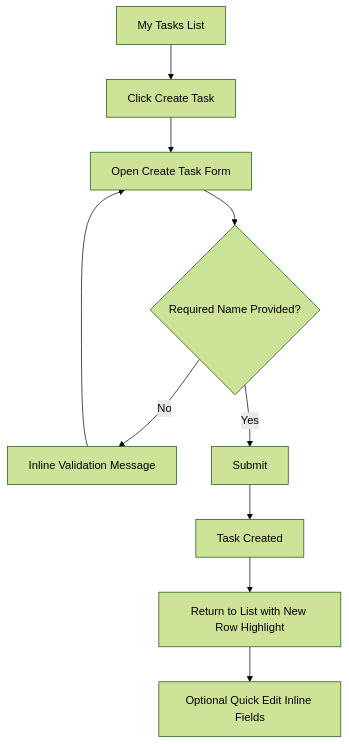
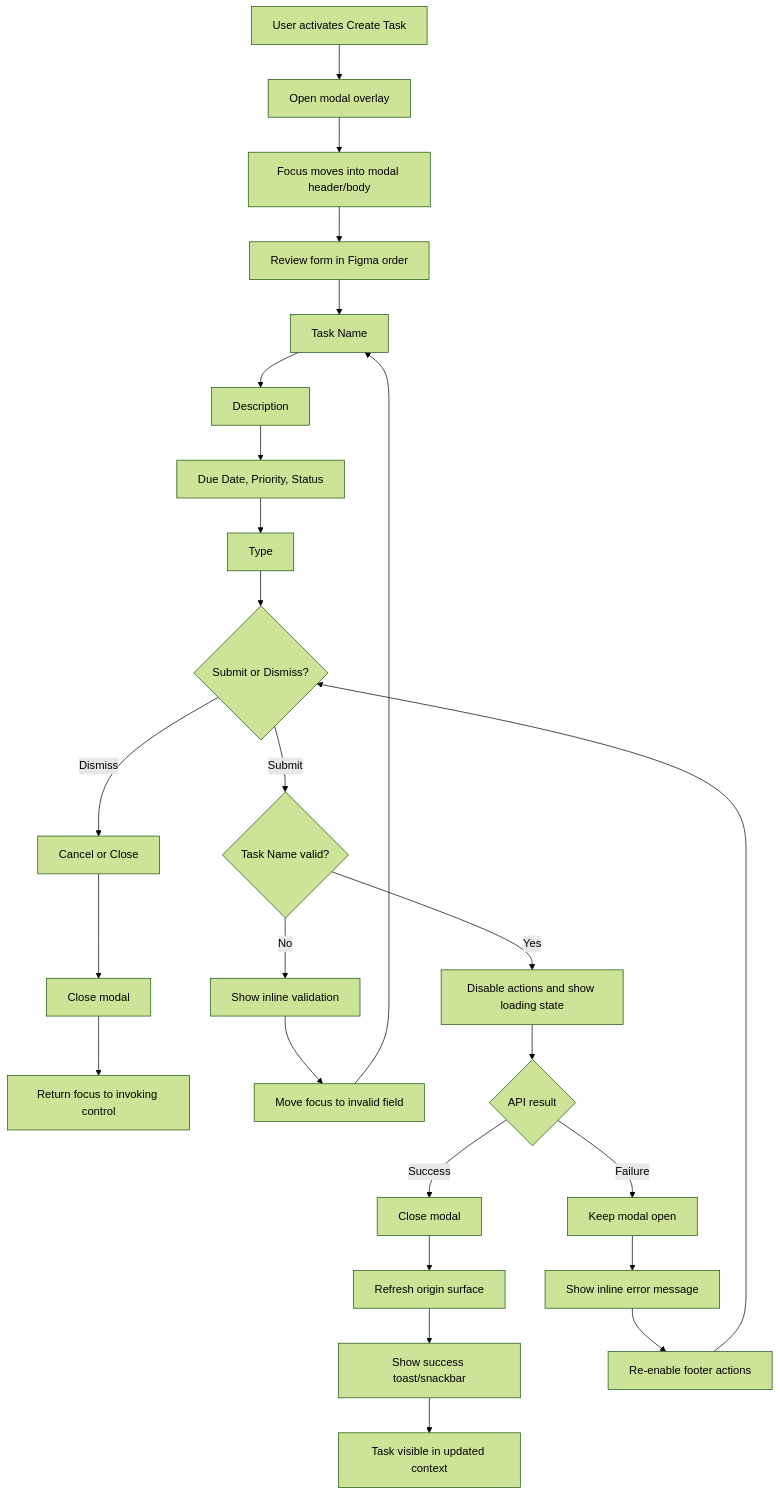
One commit to VytautasP/b-mad-project changed the second of 5 diagrams in docs/front-end-spec.md. Above: the diagram before and after it, drawn with Mermaid (forest theme). The commit also changed other lines of this file and 1 other file, not shown here.

Commit message:
Story 4.17: Create Task Modal - Refactor & Figma Alignment

````diff
--- a/docs/front-end-spec.md
+++ b/docs/front-end-spec.md
@@ -95,12 +102,32 @@
 ```mermaid
 graph TD
-	A[My Tasks List] --> B[Click Create Task]
-	B --> C[Open Create Task Form]
-	C --> D{Required Name Provided?}
-	D -- No --> E[Inline Validation Message]
-	E --> C
-	D -- Yes --> F[Submit]
-	F --> G[Task Created]
-	G --> H[Return to List with New Row Highlight]
-	H --> I[Optional Quick Edit Inline Fields]
+	A[User activates Create Task] --> B[Open modal overlay]
+	B --> C[Focus moves into modal header/body]
+	C --> D[Review form in Figma order]
+	D --> D1[Task Name]
+	D1 --> D2[Description]
+	D2 --> D3[Due Date, Priority, Status]
+	D3 --> D4[Type]
+	D4 --> E{Submit or Dismiss?}
+
+	E -->|Dismiss| F[Cancel or Close]
+	F --> G[Close modal]
+	G --> H[Return focus to invoking control]
+
+	E -->|Submit| I{Task Name valid?}
+	I -->|No| J[Show inline validation]
+	J --> K[Move focus to invalid field]
+	K --> D1
+
+	I -->|Yes| L[Disable actions and show loading state]
+	L --> M{API result}
+	M -->|Success| N[Close modal]
+	N --> O[Refresh origin surface]
+	O --> P[Show success toast/snackbar]
+	P --> Q[Task visible in updated context]
+
+	M -->|Failure| R[Keep modal open]
+	R --> S[Show inline error message]
+	S --> T[Re-enable footer actions]
+	T --> E
 ```
````
